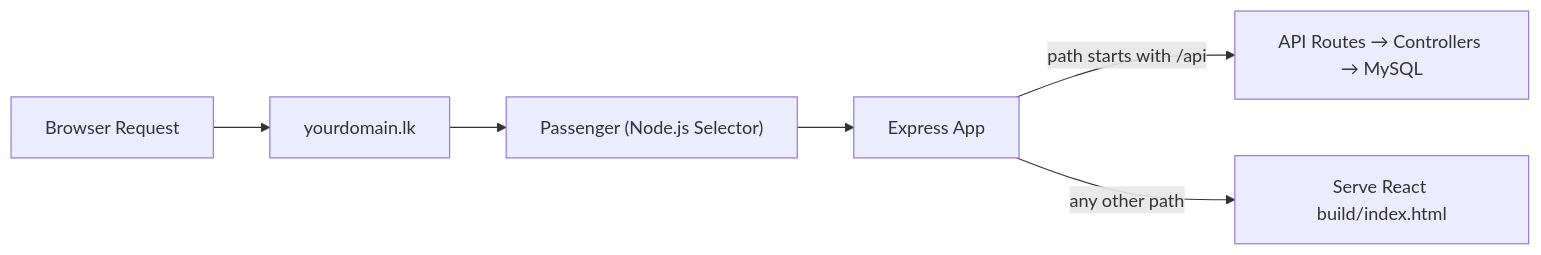
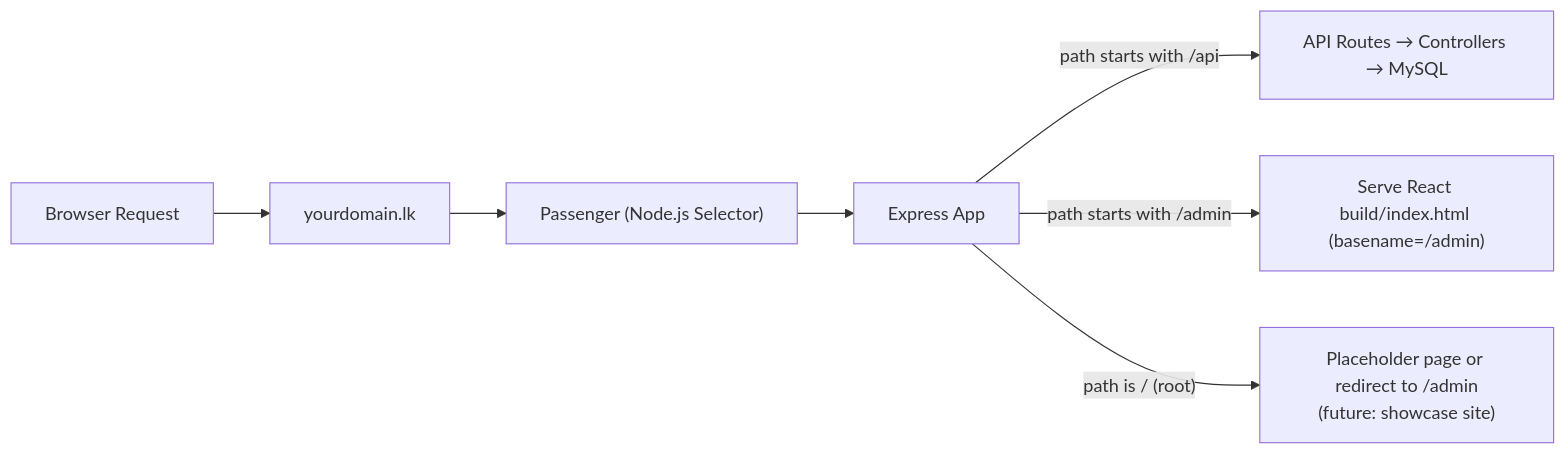
One commit to Yashini-Hettiarachchi/cool changed the eighth of 8 diagrams in design-plans/09_Diagrams.md. Above: the diagram before and after it, drawn with Mermaid. The commit also changed other lines of this file and 8 other files, not shown here.

````diff
--- a/design-plans/09_Diagrams.md
+++ b/design-plans/09_Diagrams.md
@@ -253,8 +260,9 @@
 ```mermaid
 flowchart LR
     Browser["Browser Request"] --> Domain["yourdomain.lk"]
     Domain --> Passenger["Passenger (Node.js Selector)"]
     Passenger --> ExpressApp["Express App"]
     ExpressApp -->|"path starts with /api"| ApiRoutes["API Routes → Controllers → MySQL"]
-    ExpressApp -->|"any other path"| StaticBuild["Serve React build/index.html"]
+    ExpressApp -->|"path starts with /admin"| StaticBuild["Serve React build/index.html (basename=/admin)"]
+    ExpressApp -->|"path is / (root)"| Placeholder["Placeholder page or redirect to /admin<br/>(future: showcase site)"]
 ```
````
